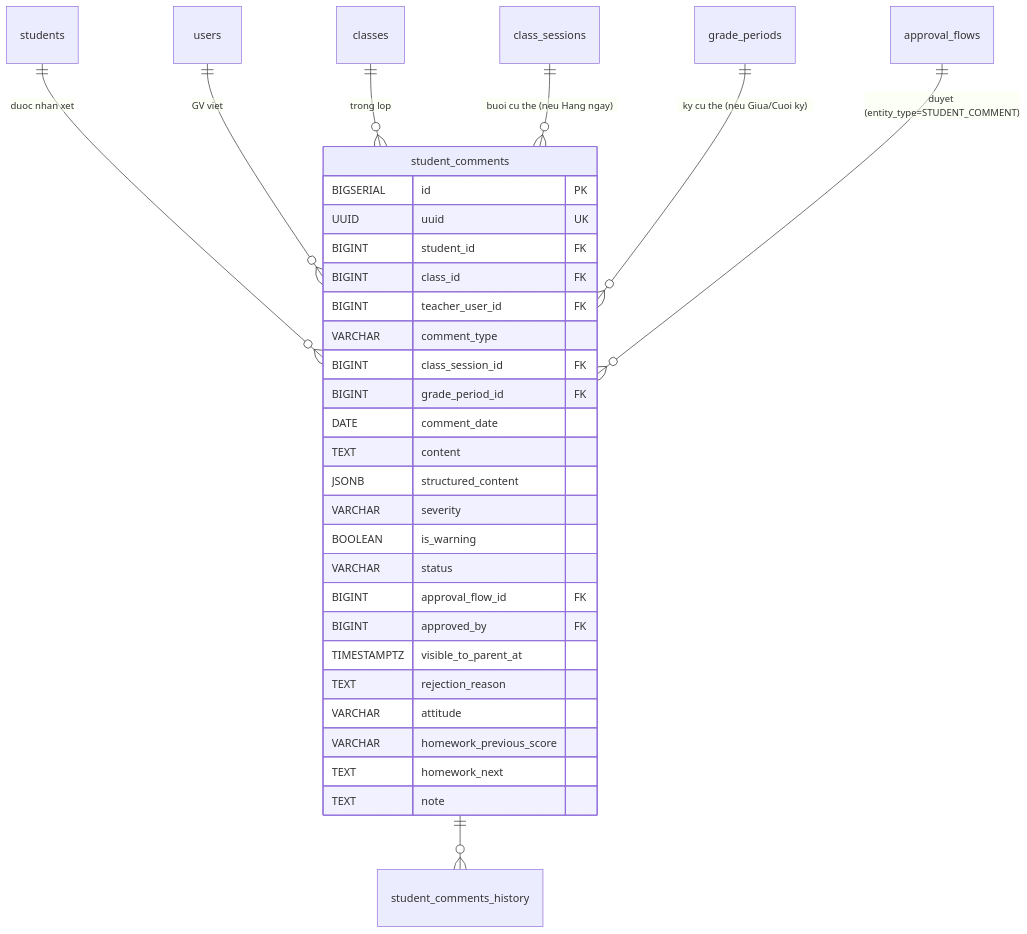
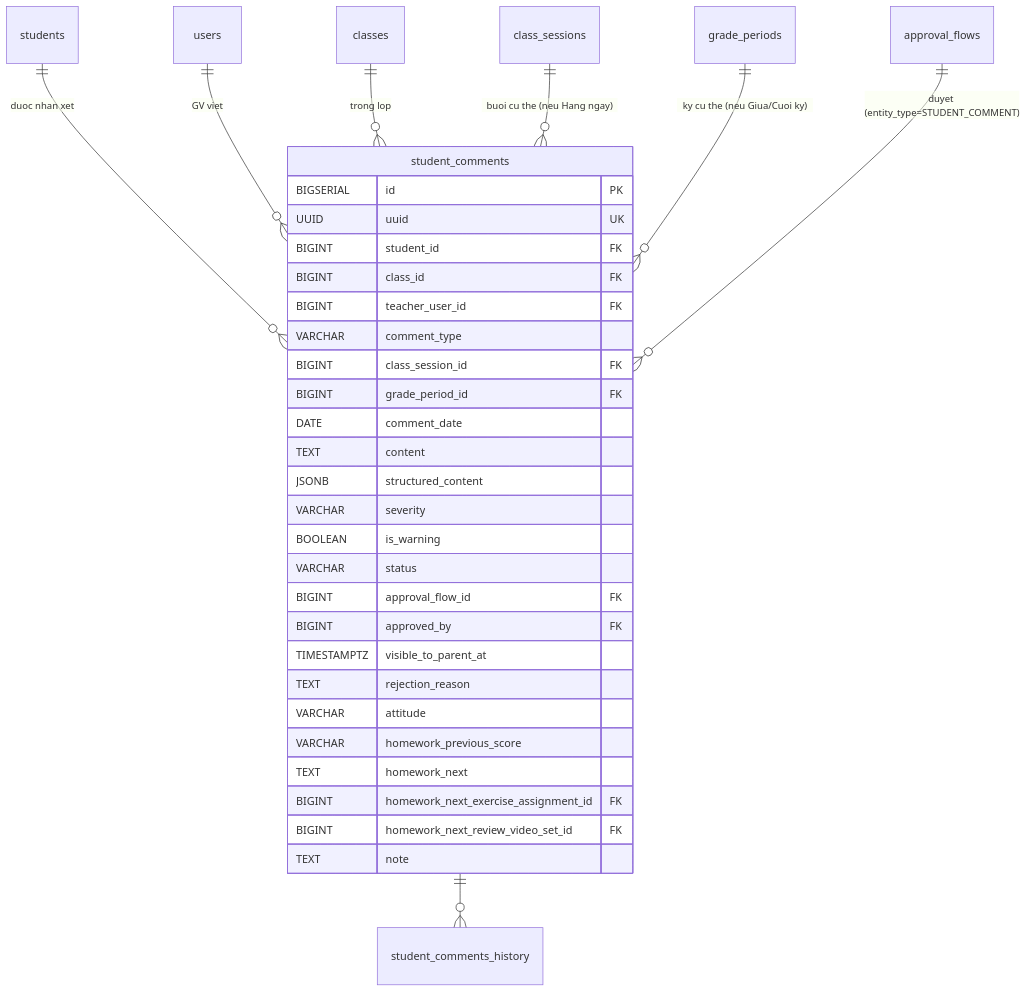
Before and after one commit to langtuananh2424/pps-education: the third of 3 diagrams in docs/sdd-groups/06-hoc-thuat.md, drawn with Mermaid. The commit also changed other lines of this file and 20 other files, not shown here.

````diff
--- a/docs/sdd-groups/06-hoc-thuat.md
+++ b/docs/sdd-groups/06-hoc-thuat.md
@@ -1380,36 +1380,38 @@
 ```mermaid
 erDiagram
     students ||--o{ student_comments : "duoc nhan xet"
     users ||--o{ student_comments : "GV viet"
     classes ||--o{ student_comments : "trong lop"
     class_sessions ||--o{ student_comments : "buoi cu the (neu Hang ngay)"
     grade_periods ||--o{ student_comments : "ky cu the (neu Giua/Cuoi ky)"
 
     student_comments ||--o{ student_comments_history : ""
     approval_flows ||--o{ student_comments : "duyet (entity_type=STUDENT_COMMENT)"
 
     student_comments {
         BIGSERIAL id PK
         UUID uuid UK
         BIGINT student_id FK
         BIGINT class_id FK
         BIGINT teacher_user_id FK
         VARCHAR comment_type
         BIGINT class_session_id FK
         BIGINT grade_period_id FK
         DATE comment_date
         TEXT content
         JSONB structured_content
         VARCHAR severity
         BOOLEAN is_warning
         VARCHAR status
         BIGINT approval_flow_id FK
         BIGINT approved_by FK
         TIMESTAMPTZ visible_to_parent_at
         TEXT rejection_reason
         VARCHAR attitude
         VARCHAR homework_previous_score
         TEXT homework_next
+        BIGINT homework_next_exercise_assignment_id FK
+        BIGINT homework_next_review_video_set_id FK
         TEXT note
     }
 ```
````
